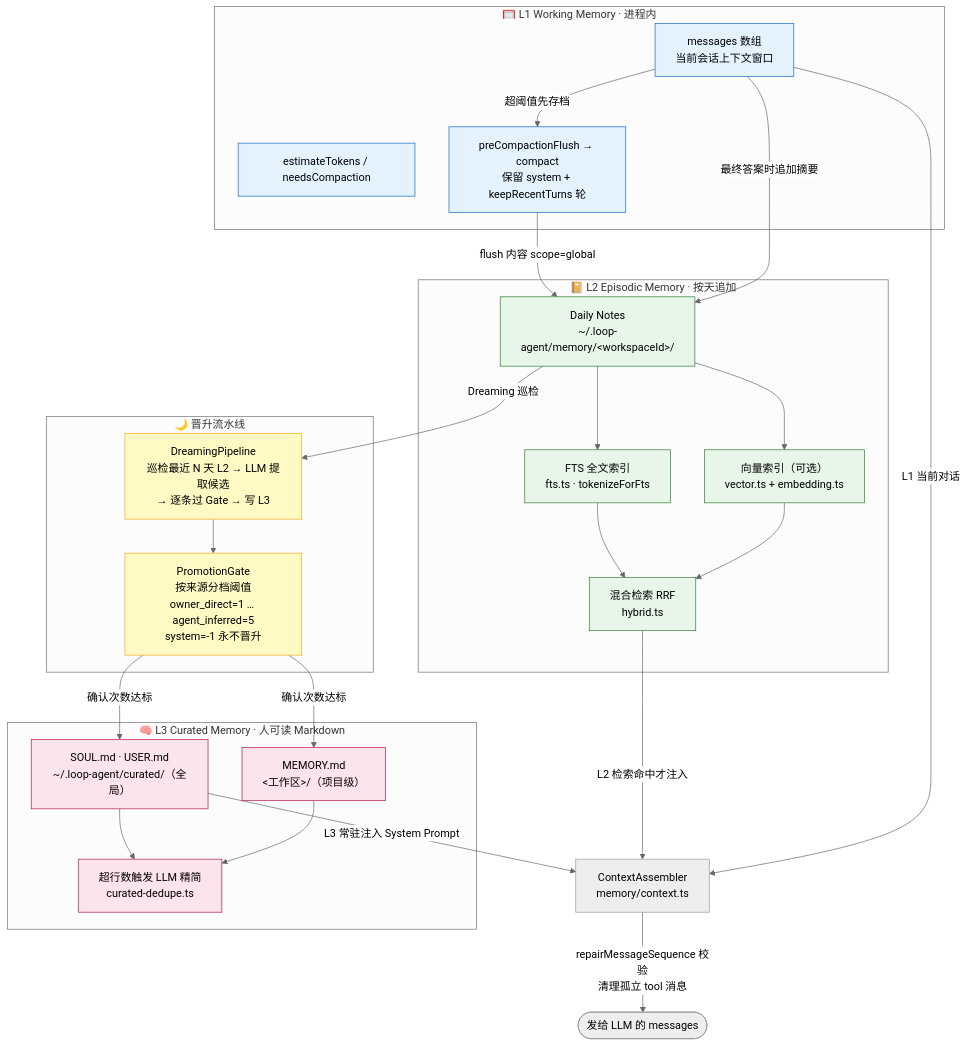
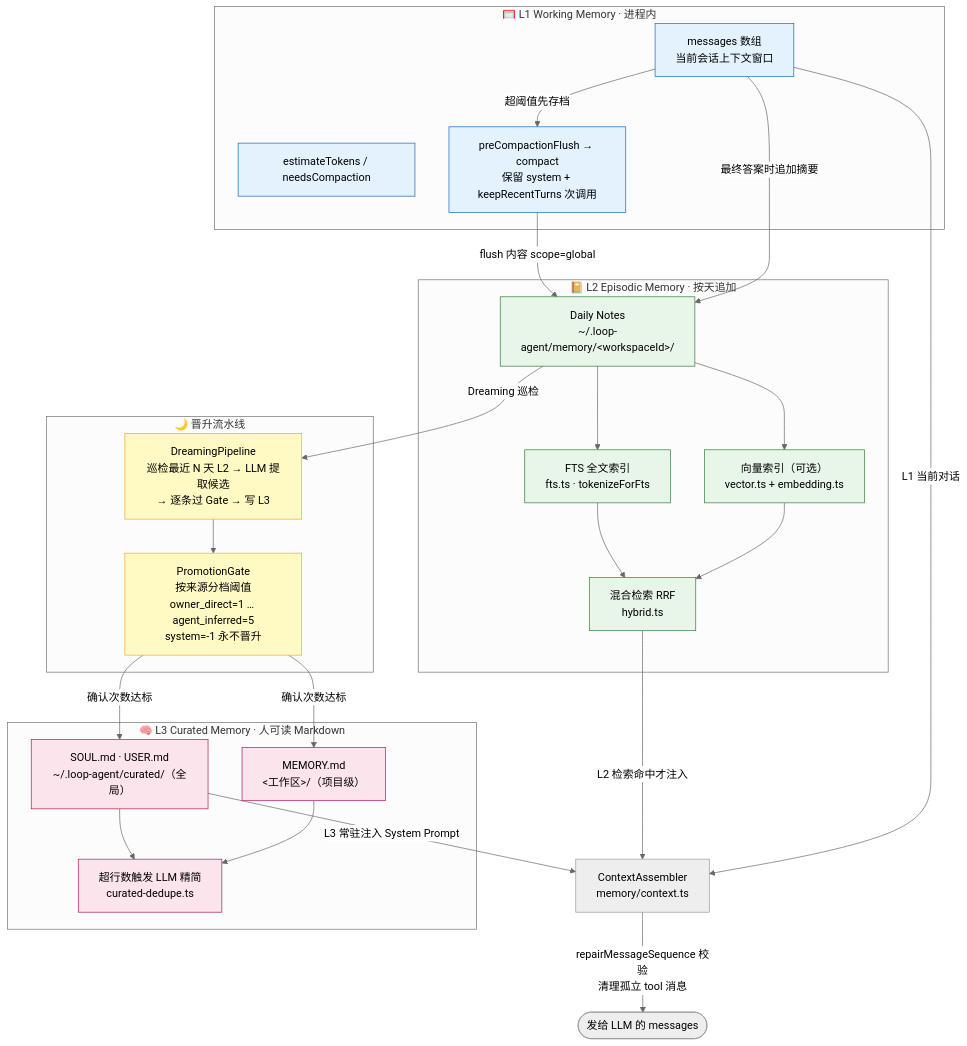
Before and after one commit to mutongliwansui/loop-agent-harness: the fourth of 7 diagrams in docs/mermaid-architecture.md, drawn with Mermaid (neutral theme). The commit also changed 15 other files, not shown here.

````diff
--- a/docs/mermaid-architecture.md
+++ b/docs/mermaid-architecture.md
@@ -270,54 +270,54 @@
 ```mermaid
 flowchart TB
     subgraph L1["🥅 L1 Working Memory · 进程内"]
         W1["messages 数组<br/>当前会话上下文窗口"]
         W2["estimateTokens / needsCompaction"]
-        W3["preCompactionFlush → compact<br/>保留 system + keepRecentTurns 轮"]
+        W3["preCompactionFlush → compact<br/>保留 system + keepRecentTurns 次调用"]
     end
 
     subgraph L2["📔 L2 Episodic Memory · 按天追加"]
         E1["Daily Notes<br/>~/.loop-agent/memory/&lt;workspaceId&gt;/"]
         E2["FTS 全文索引<br/>fts.ts · tokenizeForFts"]
         E3["向量索引（可选）<br/>vector.ts + embedding.ts"]
         E4["混合检索 RRF<br/>hybrid.ts"]
     end
 
     subgraph L3["🧠 L3 Curated Memory · 人可读 Markdown"]
         C1["SOUL.md · USER.md<br/>~/.loop-agent/curated/（全局）"]
         C2["MEMORY.md<br/>&lt;工作区&gt;/（项目级）"]
         C3["超行数触发 LLM 精简<br/>curated-dedupe.ts"]
     end
 
     subgraph PIPE["🌙 晋升流水线"]
         G["PromotionGate<br/>按来源分档阈值<br/>owner_direct=1 … agent_inferred=5<br/>system=-1 永不晋升"]
         D["DreamingPipeline<br/>巡检最近 N 天 L2 → LLM 提取候选<br/>→ 逐条过 Gate → 写 L3"]
     end
 
     W1 -->|"超阈值先存档"| W3
     W3 -->|"flush 内容 scope=global"| E1
     W1 -->|"最终答案时追加摘要"| E1
     E1 --> E2
     E1 --> E3
     E2 --> E4
     E3 --> E4
     E1 -->|"Dreaming 巡检"| D
     D --> G
     G -->|"确认次数达标"| C1
     G -->|"确认次数达标"| C2
     C1 --> C3
     C2 --> C3
 
     C1 -->|"L3 常驻注入 System Prompt"| CTX
     E4 -->|"L2 检索命中才注入"| CTX["ContextAssembler<br/>memory/context.ts"]
     W1 -->|"L1 当前对话"| CTX
     CTX -->|"repairMessageSequence 校验<br/>清理孤立 tool 消息"| OUT(["发给 LLM 的 messages"])
 
     classDef l1 fill:#e3f2fd,stroke:#1565c0
     classDef l2 fill:#e8f5e9,stroke:#2e7d32
     classDef l3 fill:#fce4ec,stroke:#ad1457
     classDef pipe fill:#fff9c4,stroke:#f9a825
     class W1,W2,W3 l1
     class E1,E2,E3,E4 l2
     class C1,C2,C3 l3
     class G,D pipe
 ```
````
